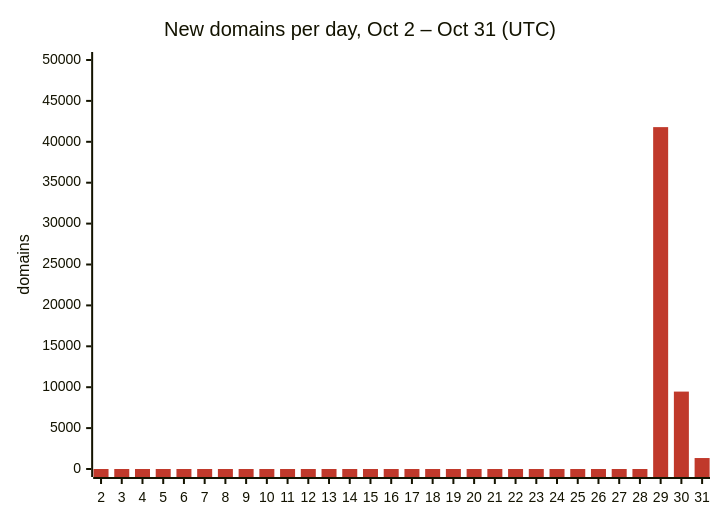
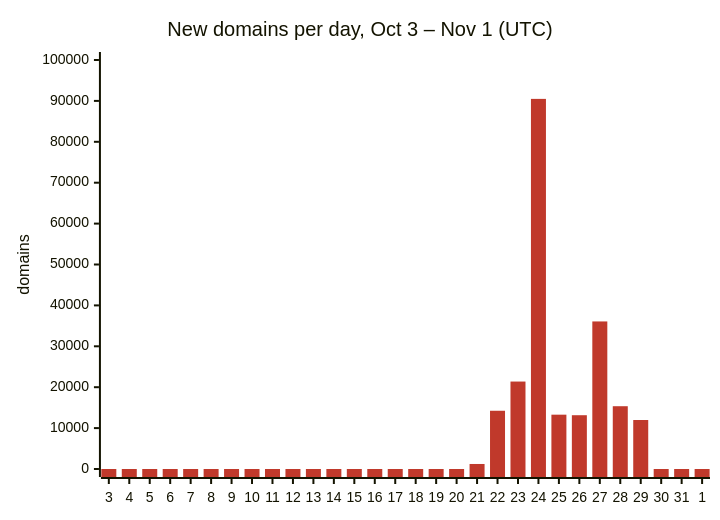
The first of 3 diagrams in README.md (DNSBunker/CTI), drawn with Mermaid before and after one commit. The commit also changed other lines of this file and 3 other files, not shown here.

First line of the commit message:
Update 2026-11-01 11:13 UTC: 376945 domains

````diff
--- a/README.md
+++ b/README.md
@@ -29,8 +29,8 @@
 ```mermaid
 %%{init: {"themeVariables": {"xyChart": {"plotColorPalette": "#c0392b"}}}}%%
 xychart-beta
-    title "New domains per day, Oct 2 – Oct 31 (UTC)"
-    x-axis ["2", "3", "4", "5", "6", "7", "8", "9", "10", "11", "12", "13", "14", "15", "16", "17", "18", "19", "20", "21", "22", "23", "24", "25", "26", "27", "28", "29", "30", "31"]
-    y-axis "domains" 0 --> 50000
-    bar [0, 0, 0, 0, 0, 0, 0, 0, 0, 0, 0, 0, 0, 0, 0, 0, 0, 0, 0, 0, 0, 0, 0, 0, 0, 0, 0, 41794, 9463, 1340]
+    title "New domains per day, Oct 3 – Nov 1 (UTC)"
+    x-axis ["3", "4", "5", "6", "7", "8", "9", "10", "11", "12", "13", "14", "15", "16", "17", "18", "19", "20", "21", "22", "23", "24", "25", "26", "27", "28", "29", "30", "31", "1"]
+    y-axis "domains" 0 --> 100000
+    bar [0, 0, 0, 0, 0, 0, 0, 0, 0, 0, 0, 0, 0, 0, 0, 0, 0, 0, 1227, 14240, 21381, 90492, 13281, 13149, 36078, 15350, 11978, 0, 0, 0]
 ```
````
